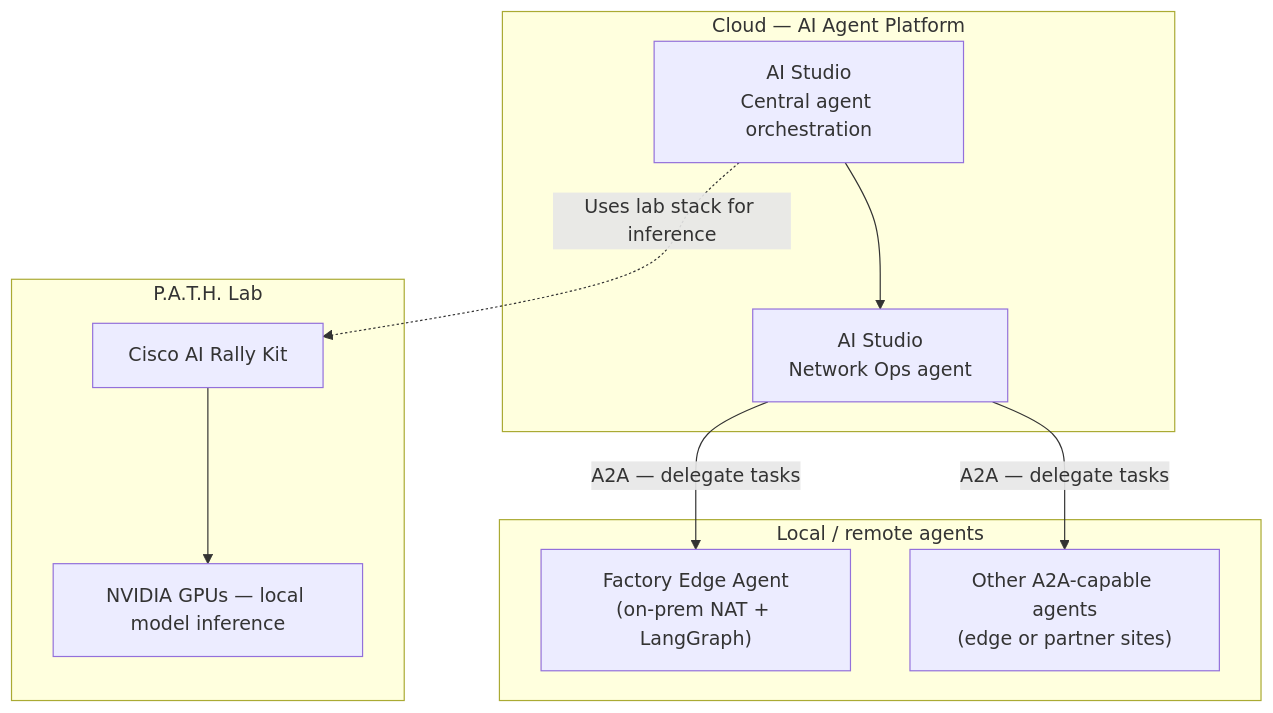
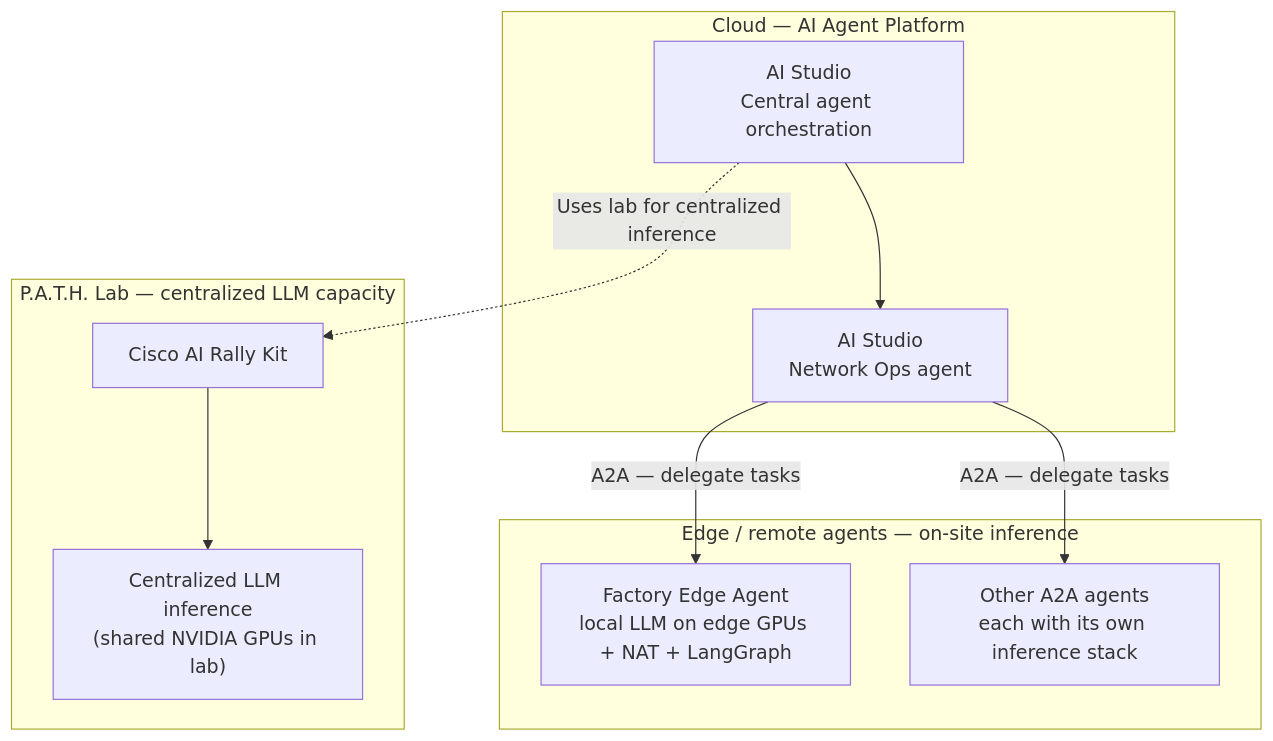
Before and after one commit to Presidio-Federal/nvidia-a2a-agent: the first of 4 diagrams in README.md, drawn with Mermaid. The commit also changed other lines of this file, not shown here.

````diff
--- a/README.md
+++ b/README.md
@@ -13,23 +13,23 @@
 ```mermaid
 flowchart TB
     subgraph Cloud["Cloud — AI Agent Platform"]
         Platform["AI Studio\nCentral agent orchestration"]
         NetOps["AI Studio\nNetwork Ops agent"]
         Platform --> NetOps
     end
 
-    subgraph PATH["P.A.T.H. Lab"]
+    subgraph PATH["P.A.T.H. Lab — centralized LLM capacity"]
         Rally["Cisco AI Rally Kit"]
-        GPULab["NVIDIA GPUs — local model inference"]
-        Rally --> GPULab
+        CentralLLM["Centralized LLM inference\n(shared NVIDIA GPUs in lab)"]
+        Rally --> CentralLLM
     end
 
-    subgraph Edge["Local / remote agents"]
-        Factory["Factory Edge Agent\n(on-prem NAT + LangGraph)"]
-        Peers["Other A2A-capable agents\n(edge or partner sites)"]
+    subgraph Edge["Edge / remote agents — on-site inference"]
+        Factory["Factory Edge Agent\nlocal LLM on edge GPUs + NAT + LangGraph"]
+        Peers["Other A2A agents\neach with its own inference stack"]
     end
 
-    Platform -.->|"Uses lab stack for inference"| Rally
+    Platform -.->|"Uses lab for centralized inference"| Rally
     NetOps -->|"A2A — delegate tasks"| Factory
     NetOps -->|"A2A — delegate tasks"| Peers
 ```
````
